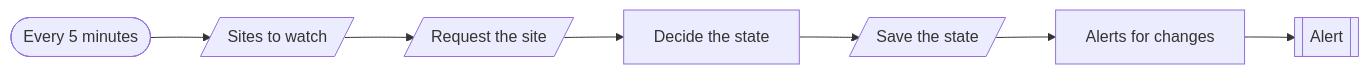
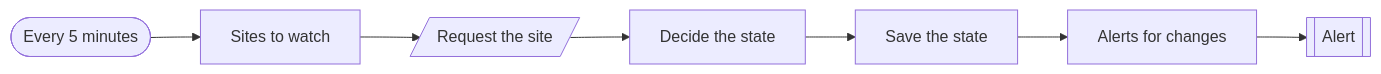
Before and after one commit to kimjoshuadr/n8n-workflows: the first of 2 diagrams in workflows/monitoring/README.md, drawn with Mermaid. The commit also changed other lines of this file and 184 other files, not shown here.

Commit message:
Finish the move to named platforms: blocks, BambooHR, generated README, schema and platform marks

````diff
--- a/workflows/monitoring/README.md
+++ b/workflows/monitoring/README.md
@@ -17,16 +15,16 @@
 ```mermaid
 flowchart LR
   n1pdql2g(["Every 5 minutes"])
-  nimdh7p[/"Sites to watch"/]
+  nimdh7p["Sites to watch"]
   ncjfou[/"Request the site"/]
   n11duh75["Decide the state"]
-  nr01iqu[/"Save the state"/]
+  nr01iqu["Save the state"]
   nw4ttje["Alerts for changes"]
   n4d13md[["Alert"]]
   n1pdql2g --> nimdh7p
   nimdh7p --> ncjfou
   ncjfou --> n11duh75
   n11duh75 --> nr01iqu
   nr01iqu --> nw4ttje
   nw4ttje --> n4d13md
 ```
````
